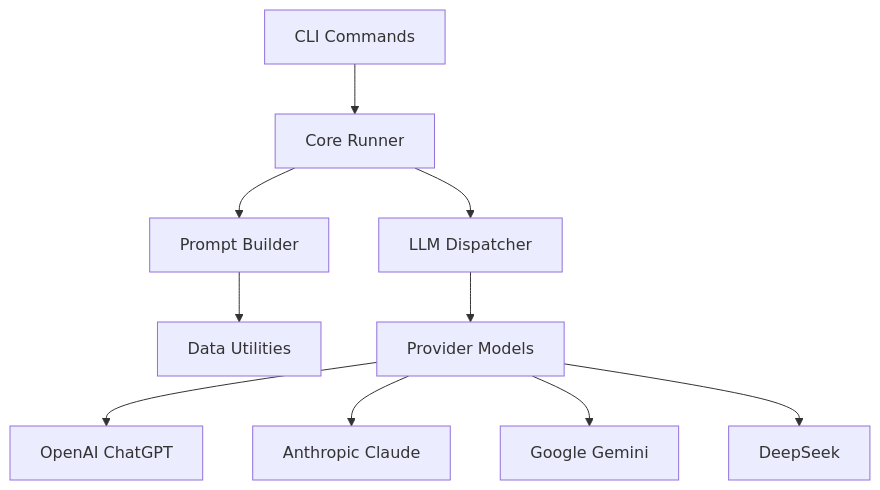
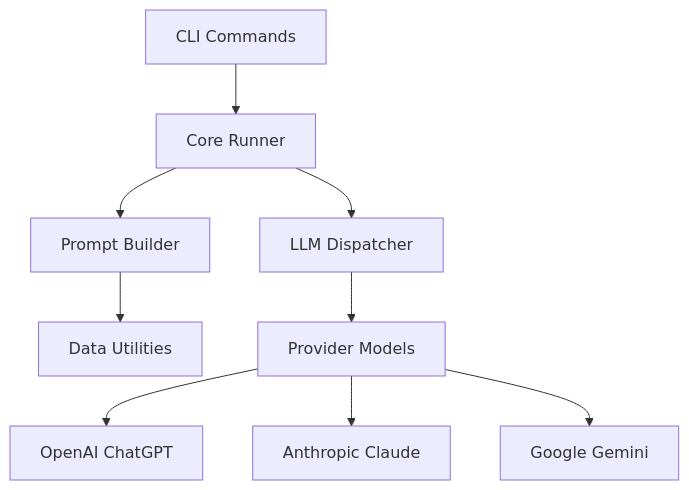
One commit to liampond/LLM-MusicTheory changed the diagram in docs/README.md. Above: the diagram before and after it, drawn with Mermaid. The commit also changed other lines of this file and 8 other files, not shown here.

First line of the commit message:
docs: remove DeepSeek references from all documentation

````diff
--- a/docs/README.md
+++ b/docs/README.md
@@ -65,12 +65,11 @@
 ```mermaid
 graph TD
     A[CLI Commands] --> B[Core Runner]
     B --> C[Prompt Builder]
     B --> D[LLM Dispatcher]
     C --> E[Data Utilities]
     D --> F[Provider Models]
     F --> G[OpenAI ChatGPT]
     F --> H[Anthropic Claude]
     F --> I[Google Gemini]
-    F --> J[DeepSeek]
 ```
````
